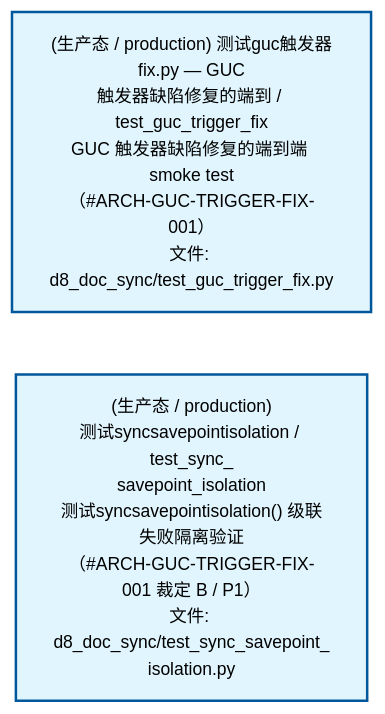
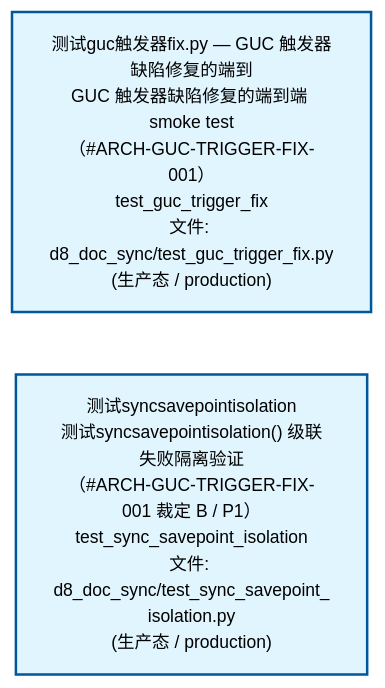
The second of 4 diagrams in docs/02_enterprise_architecture/02_domain_architecture_docs/51_d_gov_docs.md (xuanFelixVan/ZephyrAlpha), drawn with Mermaid before and after one commit. The commit also changed other lines of this file and 62 other files, not shown here.

````diff
--- a/docs/02_enterprise_architecture/02_domain_architecture_docs/51_d_gov_docs.md
+++ b/docs/02_enterprise_architecture/02_domain_architecture_docs/51_d_gov_docs.md
@@ -124,12 +124,12 @@
 ```mermaid
 %%{init: {'theme': 'base', 'themeVariables': {'primaryColor': '#eaeaea', 'primaryTextColor': '#333333', 'primaryBorderColor': '#666666', 'lineColor': '#666666', 'secondaryColor': '#eaeaea', 'tertiaryColor': '#eaeaea', 'fontSize': '14px'}}}%%
 flowchart TD
-    tests_governance_d8_doc_sync_test_guc_trigger_fix_py["(生产态 / production) 测试guc触发器fix.py — GUC<br/>触发器缺陷修复的端到 / test_guc_trigger_fix<br/>GUC 触发器缺陷修复的端到端 smoke test<br/>（#ARCH-GUC-TRIGGER-FIX-001）<br/>文件: d8_doc_sync/test_guc_trigger_fix.py"]
-    tests_governance_d8_doc_sync_test_sync_savepoint_isolation_py["(生产态 / production)<br/>测试syncsavepointisolation / test_sync_<br/>savepoint_isolation<br/>测试syncsavepointisolation() 级联失败隔离验证<br/>（#ARCH-GUC-TRIGGER-FIX-001 裁定 B / P1）<br/>文件: d8_doc_sync/test_sync_savepoint_<br/>isolation.py"]
+    tests_governance_d8_doc_sync_test_guc_trigger_fix_py["测试guc触发器fix.py — GUC 触发器缺陷修复的端到<br/>GUC 触发器缺陷修复的端到端 smoke test<br/>（#ARCH-GUC-TRIGGER-FIX-001）<br/>test_guc_trigger_fix<br/>文件: d8_doc_sync/test_guc_trigger_fix.py<br/>(生产态 / production)"]
+    tests_governance_d8_doc_sync_test_sync_savepoint_isolation_py["测试syncsavepointisolation<br/>测试syncsavepointisolation() 级联失败隔离验证<br/>（#ARCH-GUC-TRIGGER-FIX-001 裁定 B / P1）<br/>test_sync_savepoint_isolation<br/>文件: d8_doc_sync/test_sync_savepoint_<br/>isolation.py<br/>(生产态 / production)"]
     tests_governance_d8_doc_sync_test_guc_trigger_fix_py ~~~ tests_governance_d8_doc_sync_test_sync_savepoint_isolation_py
     classDef production fill:#e1f5fe,stroke:#01579b,stroke-width:2px,color:#000
     classDef design fill:#fff3e0,stroke:#e65100,stroke-width:2px,color:#000,stroke-dasharray: 5 5
     classDef external_prod fill:#e8f4fd,stroke:#0277bd,stroke-width:1px,color:#000
     classDef external_design fill:#fff8e7,stroke:#ef6c00,stroke-width:1px,color:#000,stroke-dasharray: 5 5
     class tests_governance_d8_doc_sync_test_guc_trigger_fix_py,tests_governance_d8_doc_sync_test_sync_savepoint_isolation_py production
 ```
````
